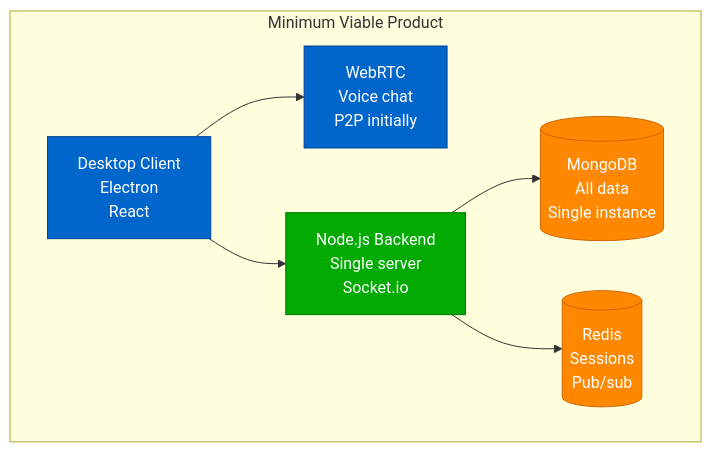
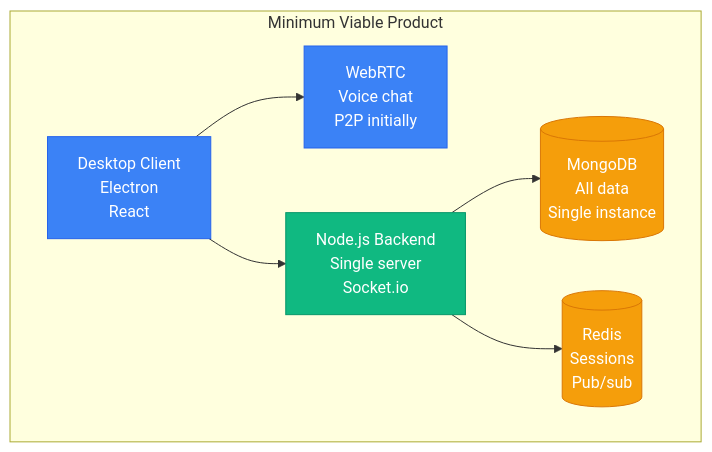
The first of 9 diagrams in site/docs/scaling/discord-scale-journey.md (deepaucksharma/DS), drawn with Mermaid before and after one commit. The commit also changed other lines of this file and 303 other files, not shown here.

````diff
--- a/site/docs/scaling/discord-scale-journey.md
+++ b/site/docs/scaling/discord-scale-journey.md
@@ -9,24 +9,24 @@
 ```mermaid
 graph TB
     subgraph MVP[Minimum Viable Product]
         CLIENT[Desktop Client<br/>Electron<br/>React]
         WEBRTC[WebRTC<br/>Voice chat<br/>P2P initially]
         NODEJS[Node.js Backend<br/>Single server<br/>Socket.io]
         MONGODB[(MongoDB<br/>All data<br/>Single instance)]
         REDIS[(Redis<br/>Sessions<br/>Pub/sub)]
     end
 
     CLIENT --> WEBRTC
     CLIENT --> NODEJS
     NODEJS --> MONGODB
     NODEJS --> REDIS
 
     %% Apply colors
-    classDef clientStyle fill:#0066CC,stroke:#004499,color:#fff
-    classDef serviceStyle fill:#00AA00,stroke:#007700,color:#fff
-    classDef stateStyle fill:#FF8800,stroke:#CC6600,color:#fff
+    classDef clientStyle fill:#3B82F6,stroke:#2563EB,color:#fff
+    classDef serviceStyle fill:#10B981,stroke:#059669,color:#fff
+    classDef stateStyle fill:#F59E0B,stroke:#D97706,color:#fff
 
     class CLIENT,WEBRTC clientStyle
     class NODEJS serviceStyle
     class MONGODB,REDIS stateStyle
 ```
````
